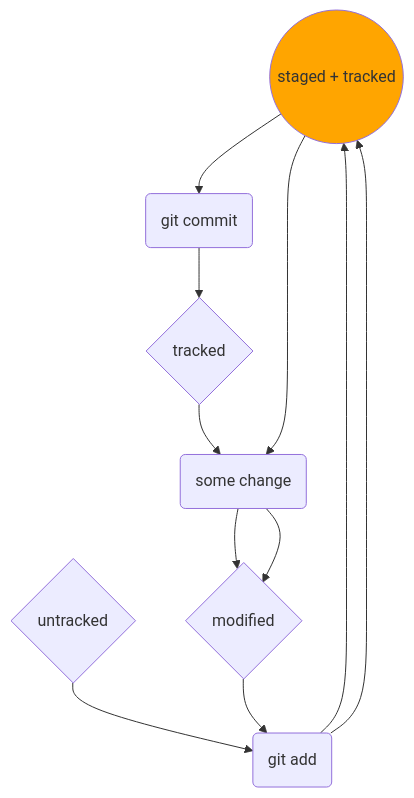
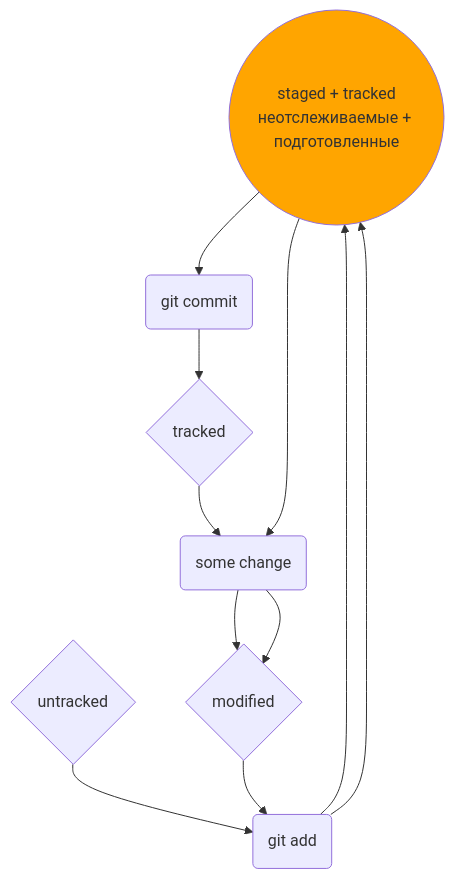
The diagram in README.md (AleksandrVakarin/GitInstructionMermaid), drawn with Mermaid before and after one commit.

````diff
--- a/README.md
+++ b/README.md
@@ -93,19 +93,19 @@
 ```mermaid
 flowchart TD;
 	
-	stg((staged + tracked))
+	stg((staged + tracked<br>неотслеживаемые + подготовленные))
 	mdf{modified}
 	untr{untracked}
 	trcd{tracked}
 
 	ga(git add)
 	gc(git commit)
 	sc(some change)
 
 	untr--> ga -->stg
 	stg--> gc -->trcd
 	trcd--> sc -->mdf
 	mdf--> ga -->stg
 	stg--> sc -->mdf
 	style stg fill: orange
 ```
````
